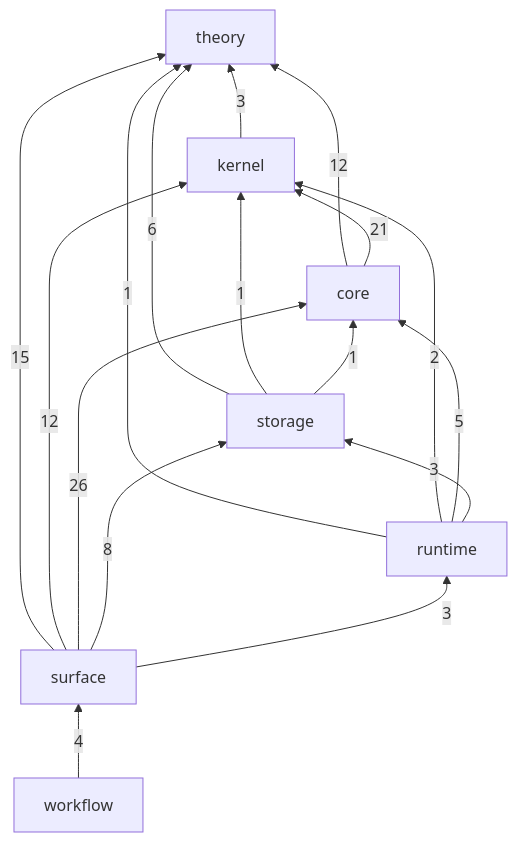
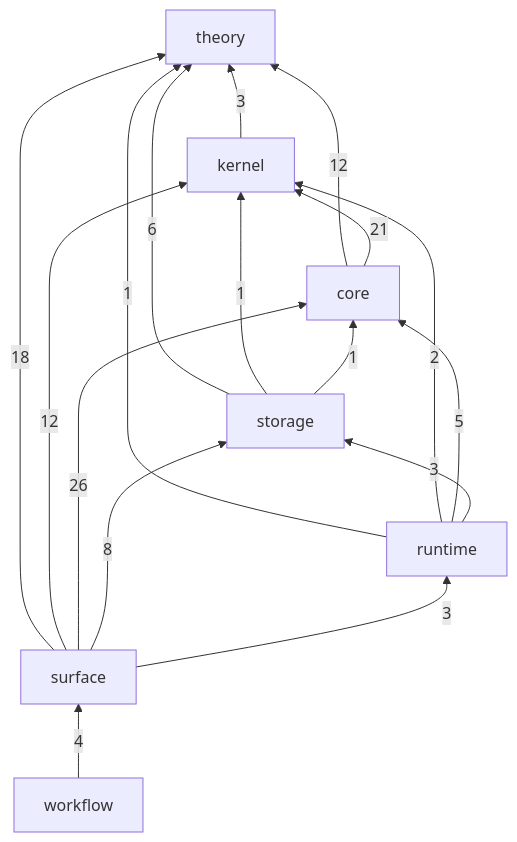
The diagram in ledger/README.md (gandr-lang/gandr), drawn with Mermaid before and after one commit. The commit also changed 13 other files, not shown here.

````diff
--- a/ledger/README.md
+++ b/ledger/README.md
@@ -28,26 +28,26 @@
 ```mermaid
 flowchart BT
   theory
   kernel
   core
   storage
   runtime
   surface
   workflow
   kernel -->|3| theory
   core -->|12| theory
   core -->|21| kernel
   storage -->|6| theory
   storage -->|1| kernel
   storage -->|1| core
   runtime -->|1| theory
   runtime -->|2| kernel
   runtime -->|5| core
   runtime -->|3| storage
-  surface -->|15| theory
+  surface -->|18| theory
   surface -->|12| kernel
   surface -->|26| core
   surface -->|8| storage
   surface -->|3| runtime
   workflow -->|4| surface
 ```
````
